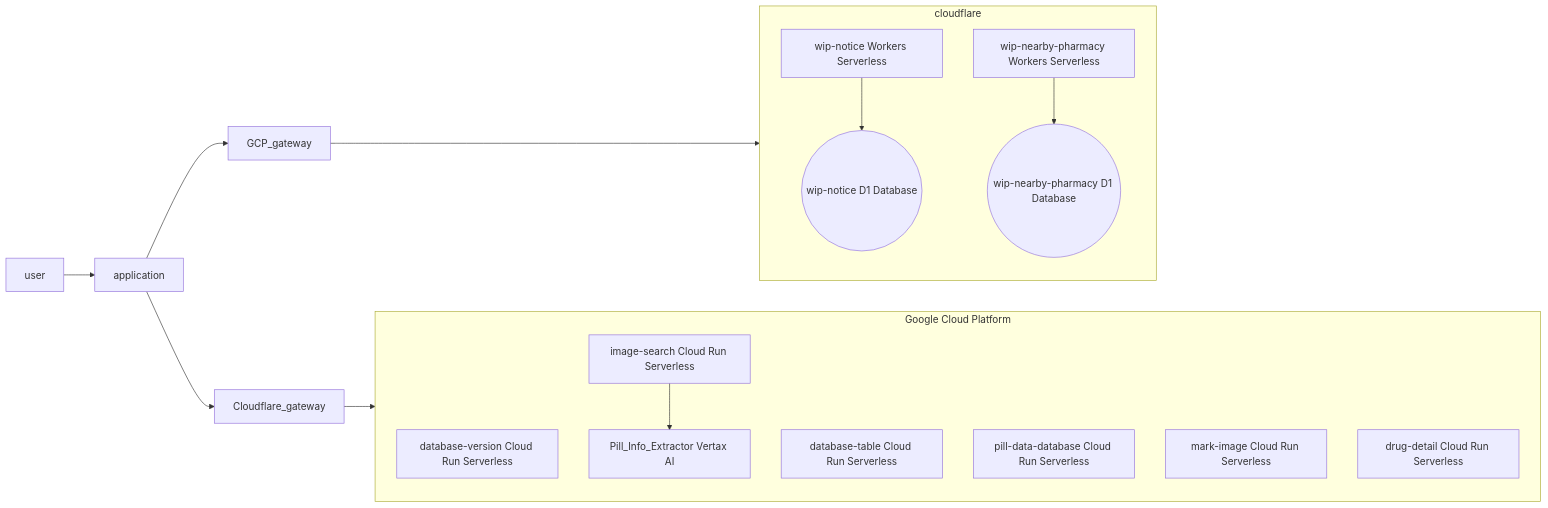
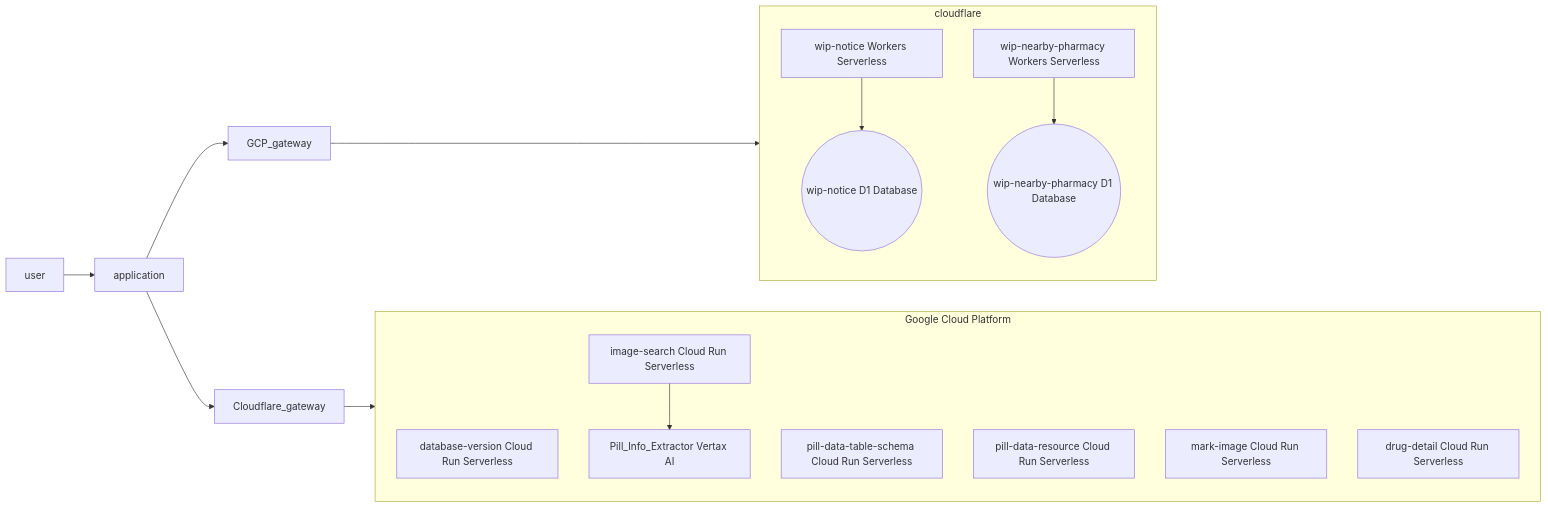
One commit to KNUT-Capstone-Design-team-1/wip-document changed the diagram in diagram/시스템_아키텍처.md. Above: the diagram before and after it, drawn with Mermaid. The commit also changed 3 other files, not shown here.

````diff
--- a/diagram/시스템_아키텍처.md
+++ b/diagram/시스템_아키텍처.md
@@ -1,46 +1,46 @@
 ```mermaid
 flowchart LR
     user
     application
     GCP_gateway
     Cloudflare_gateway
 
 
     %% 클라우드 플레어
     subgraph cloudflare[cloudflare]
         wip-notice-workers["wip-notice Workers Serverless"]
         wip-notice-d1(("wip-notice D1 Database"))
         wip-nearby-pharmacy-workers["wip-nearby-pharmacy Workers Serverless"]
         wip-nearby-pharmacy-d1(("wip-nearby-pharmacy D1 Database"))
 
         wip-notice-workers --> wip-notice-d1
         wip-nearby-pharmacy-workers --> wip-nearby-pharmacy-d1
     end
 
     
     %% GCP
     subgraph gcp[Google Cloud Platform]
         database-version["database-version Cloud Run Serverless"]
-        database-table["database-table Cloud Run Serverless"]
-        pill-data-database["pill-data-database Cloud Run Serverless"]
+        pill-data-table-schema["pill-data-table-schema Cloud Run Serverless"]
+        pill-data-resource["pill-data-resource Cloud Run Serverless"]
 
         mark-image["mark-image Cloud Run Serverless"]
 
         drug-detail["drug-detail Cloud Run Serverless"]
 
         image-search["image-search Cloud Run Serverless"]
         Pill_Info_Extractor["Pill_Info_Extractor Vertax AI"]
 
         image-search --> Pill_Info_Extractor
     end
 
 
     %% entry point
     user --> application
     
     application --> GCP_gateway
     application --> Cloudflare_gateway
 
     GCP_gateway --> cloudflare
     Cloudflare_gateway --> gcp
 ```
````
